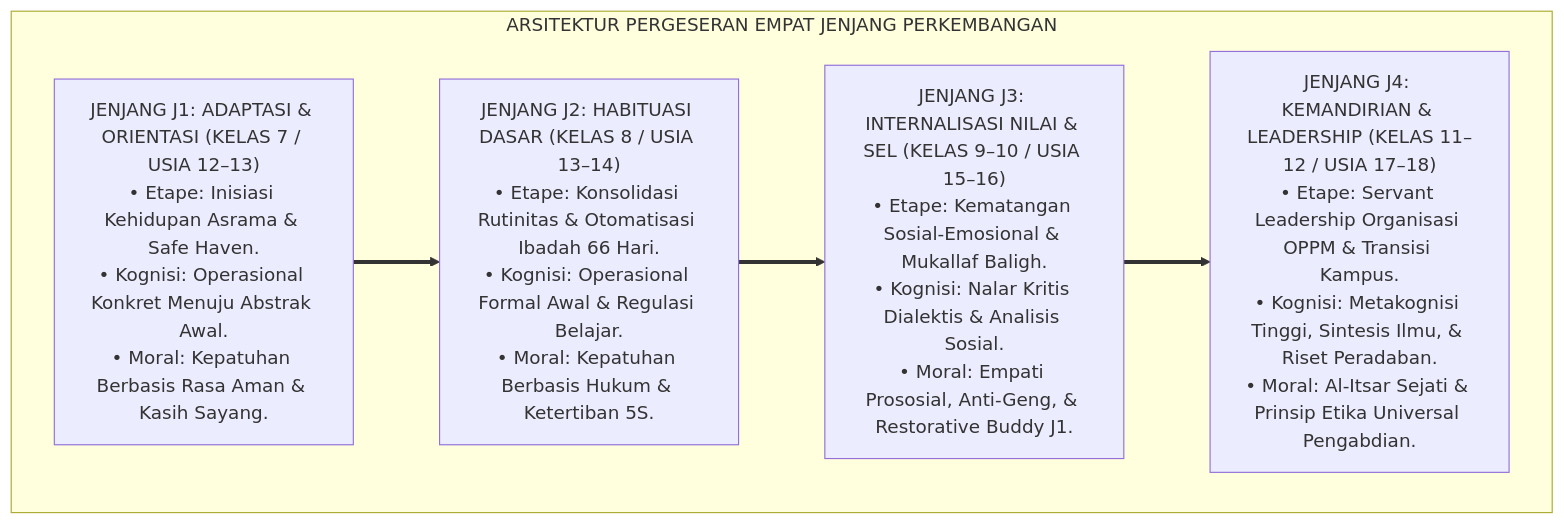
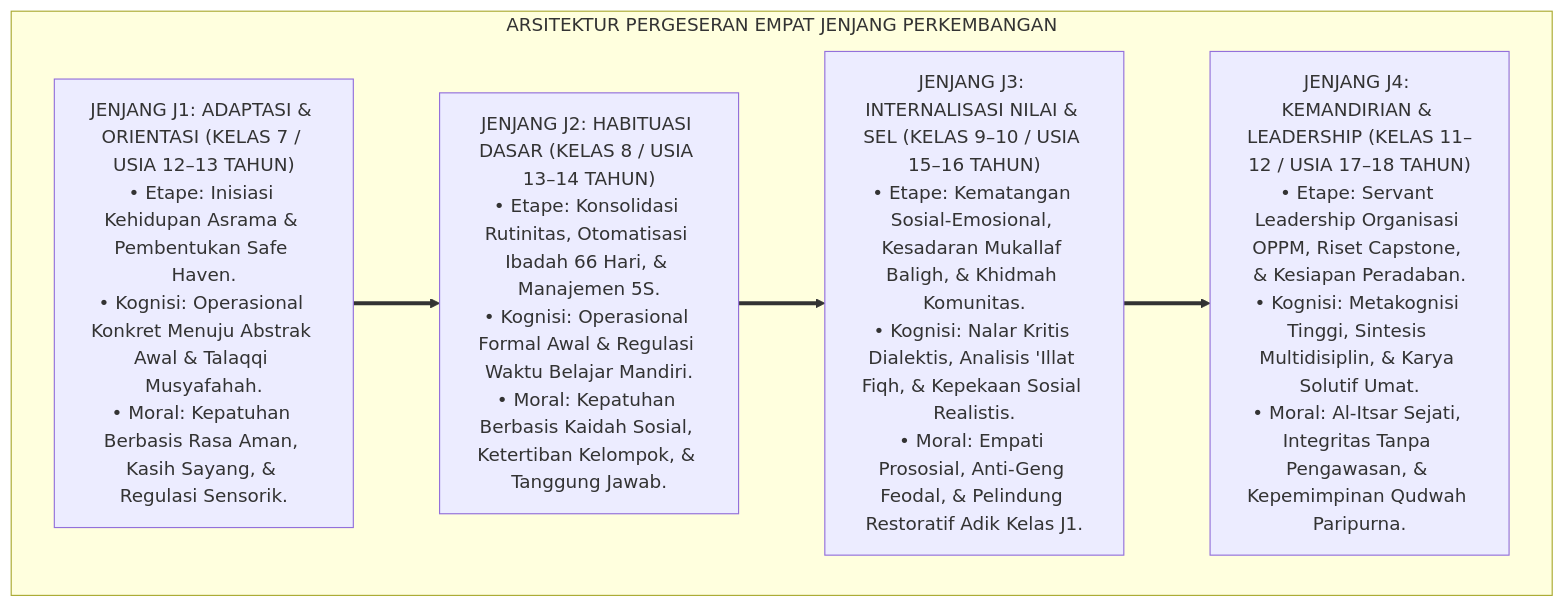
One commit to wandiapriliyandi/tumbuh changed the sixth of 8 diagrams in 04 Progression Framework/02 Development Levels/P4-02-06-Matriks-Komparasi-Lintas-Jenjang-J1-J4.md. Above: the diagram before and after it, drawn with Mermaid. The commit also changed other lines of this file and 34 other files, not shown here.

````diff
--- a/04 Progression Framework/02 Development Levels/P4-02-06-Matriks-Komparasi-Lintas-Jenjang-J1-J4.md
+++ b/04 Progression Framework/02 Development Levels/P4-02-06-Matriks-Komparasi-Lintas-Jenjang-J1-J4.md
@@ -157,14 +161,14 @@
 ```mermaid
 flowchart TD
     subgraph ArsitekturMatriksEmpatJenjang["ARSITEKTUR PERGESERAN EMPAT JENJANG PERKEMBANGAN"]
-        J1Box["JENJANG J1: ADAPTASI & ORIENTASI (KELAS 7 / USIA 12–13)<br/>• Etape: Inisiasi Kehidupan Asrama & Safe Haven.<br/>• Kognisi: Operasional Konkret Menuju Abstrak Awal.<br/>• Moral: Kepatuhan Berbasis Rasa Aman & Kasih Sayang."]
+        J1Box["JENJANG J1: ADAPTASI & ORIENTASI (KELAS 7 / USIA 12–13 TAHUN)<br/>• Etape: Inisiasi Kehidupan Asrama & Pembentukan Safe Haven.<br/>• Kognisi: Operasional Konkret Menuju Abstrak Awal & Talaqqi Musyafahah.<br/>• Moral: Kepatuhan Berbasis Rasa Aman, Kasih Sayang, & Regulasi Sensorik."]
         
-        J2Box["JENJANG J2: HABITUASI DASAR (KELAS 8 / USIA 13–14)<br/>• Etape: Konsolidasi Rutinitas & Otomatisasi Ibadah 66 Hari.<br/>• Kognisi: Operasional Formal Awal & Regulasi Belajar.<br/>• Moral: Kepatuhan Berbasis Hukum & Ketertiban 5S."]
+        J2Box["JENJANG J2: HABITUASI DASAR (KELAS 8 / USIA 13–14 TAHUN)<br/>• Etape: Konsolidasi Rutinitas, Otomatisasi Ibadah 66 Hari, & Manajemen 5S.<br/>• Kognisi: Operasional Formal Awal & Regulasi Waktu Belajar Mandiri.<br/>• Moral: Kepatuhan Berbasis Kaidah Sosial, Ketertiban Kelompok, & Tanggung Jawab."]
         
-        J3Box["JENJANG J3: INTERNALISASI NILAI & SEL (KELAS 9–10 / USIA 15–16)<br/>• Etape: Kematangan Sosial-Emosional & Mukallaf Baligh.<br/>• Kognisi: Nalar Kritis Dialektis & Analisis Sosial.<br/>• Moral: Empati Prososial, Anti-Geng, & Restorative Buddy J1."]
+        J3Box["JENJANG J3: INTERNALISASI NILAI & SEL (KELAS 9–10 / USIA 15–16 TAHUN)<br/>• Etape: Kematangan Sosial-Emosional, Kesadaran Mukallaf Baligh, & Khidmah Komunitas.<br/>• Kognisi: Nalar Kritis Dialektis, Analisis 'Illat Fiqh, & Kepekaan Sosial Realistis.<br/>• Moral: Empati Prososial, Anti-Geng Feodal, & Pelindung Restoratif Adik Kelas J1."]
         
-        J4Box["JENJANG J4: KEMANDIRIAN & LEADERSHIP (KELAS 11–12 / USIA 17–18)<br/>• Etape: Servant Leadership Organisasi OPPM & Transisi Kampus.<br/>• Kognisi: Metakognisi Tinggi, Sintesis Ilmu, & Riset Peradaban.<br/>• Moral: Al-Itsar Sejati & Prinsip Etika Universal Pengabdian."]
+        J4Box["JENJANG J4: KEMANDIRIAN & LEADERSHIP (KELAS 11–12 / USIA 17–18 TAHUN)<br/>• Etape: Servant Leadership Organisasi OPPM, Riset Capstone, & Kesiapan Peradaban.<br/>• Kognisi: Metakognisi Tinggi, Sintesis Multidisiplin, & Karya Solutif Umat.<br/>• Moral: Al-Itsar Sejati, Integritas Tanpa Pengawasan, & Kepemimpinan Qudwah Paripurna."]
         
         J1Box ==> J2Box ==> J3Box ==> J4Box
     end
 ```
````
